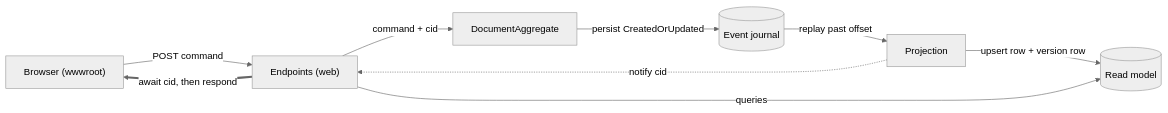
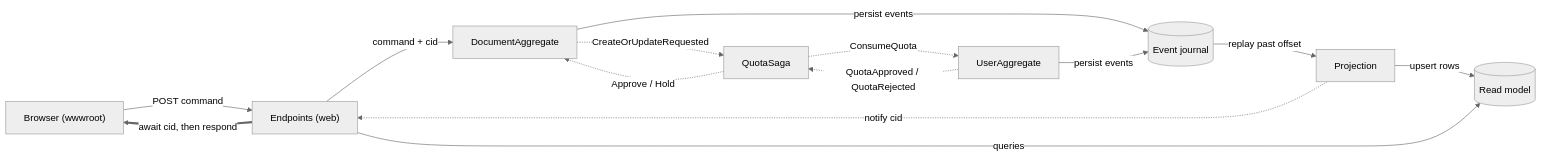
The first of 4 diagrams in docs/diagrams.md (OnurGumus/focument_workshop), drawn with Mermaid (neutral theme) before and after one commit. The commit also changed other lines of this file and 23 other files, not shown here.

First line of the commit message:
Per-user write quota via a User aggregate + saga

````diff
--- a/docs/diagrams.md
+++ b/docs/diagrams.md
@@ -19,18 +20,25 @@
 ```mermaid
 flowchart LR
     Browser["Browser (wwwroot)"]
     W["Endpoints (web)"]
     Doc["DocumentAggregate"]
+    User["UserAggregate"]
+    Saga["QuotaSaga"]
     Journal[("Event journal")]
     Proj["Projection"]
     Read[("Read model")]
 
     Browser -->|"POST command"| W
     W -->|"command + cid"| Doc
-    Doc -->|"persist CreatedOrUpdated"| Journal
+    Doc -->|"persist events"| Journal
+    User -->|"persist events"| Journal
+    Doc -.->|"CreateOrUpdateRequested"| Saga
+    Saga -.->|"ConsumeQuota"| User
+    User -.->|"QuotaApproved / QuotaRejected"| Saga
+    Saga -.->|"Approve / Hold"| Doc
     Journal -->|"replay past offset"| Proj
-    Proj -->|"upsert row + version row"| Read
+    Proj -->|"upsert rows"| Read
     Proj -.->|"notify cid"| W
     W -->|"queries"| Read
     W ==>|"await cid, then respond"| Browser
 ```
````
